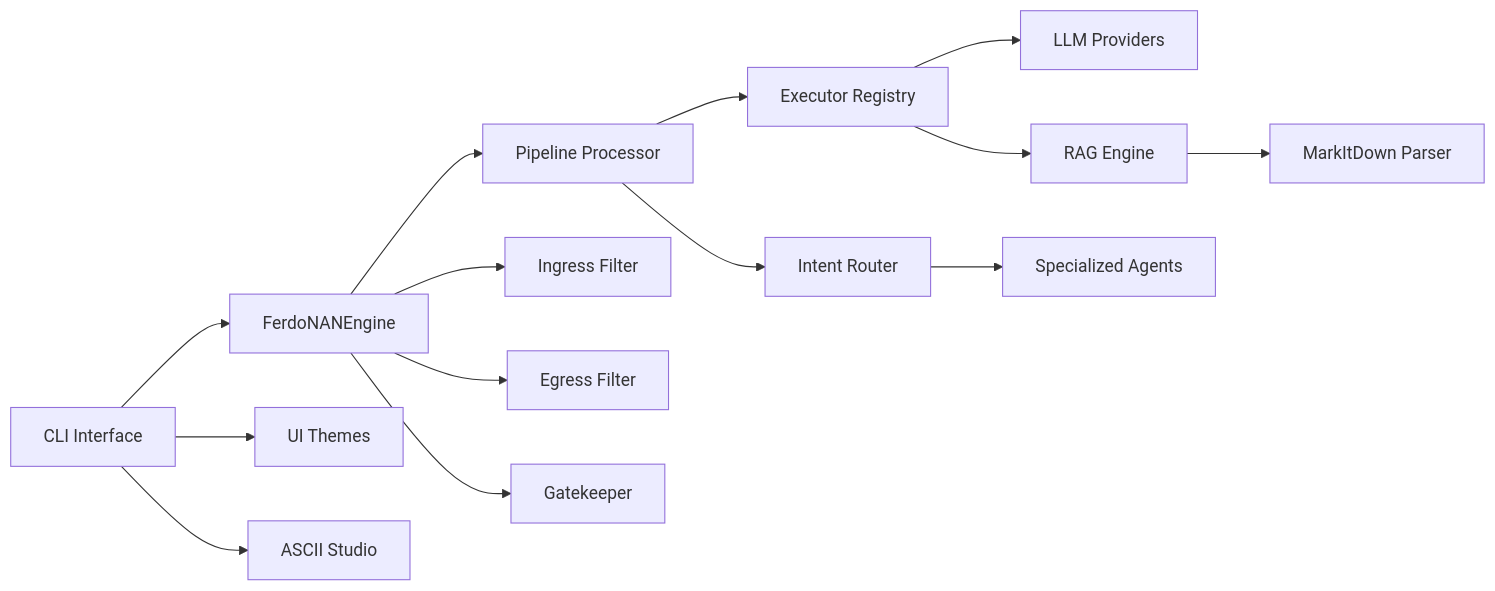
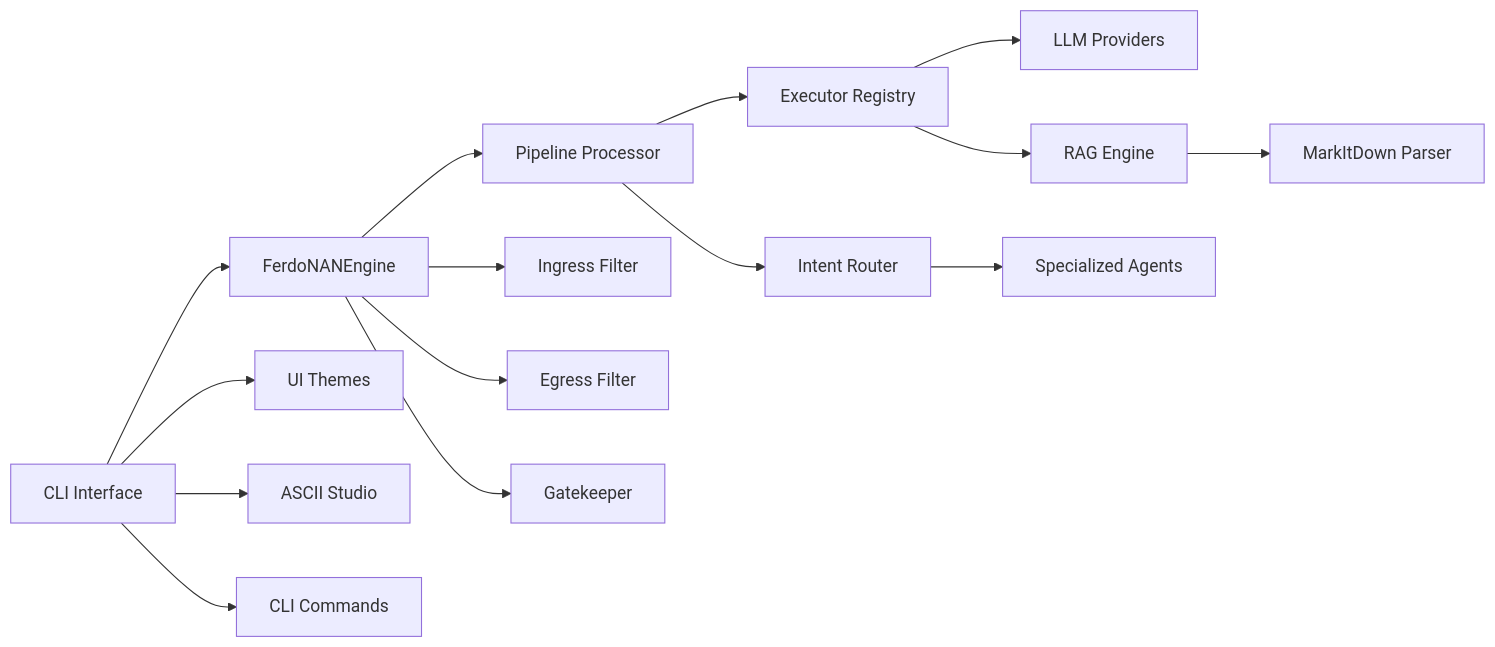
The diagram in README.md (fyjjuk/FerdoNAN), drawn with Mermaid before and after one commit. The commit also changed other lines of this file, not shown here.

````diff
--- a/README.md
+++ b/README.md
@@ -14,16 +18,17 @@
-~~~mermaid
+```mermaid
 flowchart LR
     CLI[CLI Interface] --> ENGINE[FerdoNANEngine]
     ENGINE --> PIPELINE[Pipeline Processor]
     PIPELINE --> ROUTER[Intent Router]
     PIPELINE --> EXECUTOR[Executor Registry]
     EXECUTOR --> LLM[LLM Providers]
     EXECUTOR --> RAG[RAG Engine]
     ENGINE --> INGRESS[Ingress Filter]
     ENGINE --> EGRESS[Egress Filter]
     ENGINE --> GATEKEEPER[Gatekeeper]
     ROUTER --> AGENTS[Specialized Agents]
     RAG --> MARKITDOWN[MarkItDown Parser]
     CLI --> THEMES[UI Themes]
     CLI --> ASCII[ASCII Studio]
-~~~
+    CLI --> CMDS[CLI Commands]
+```
````
